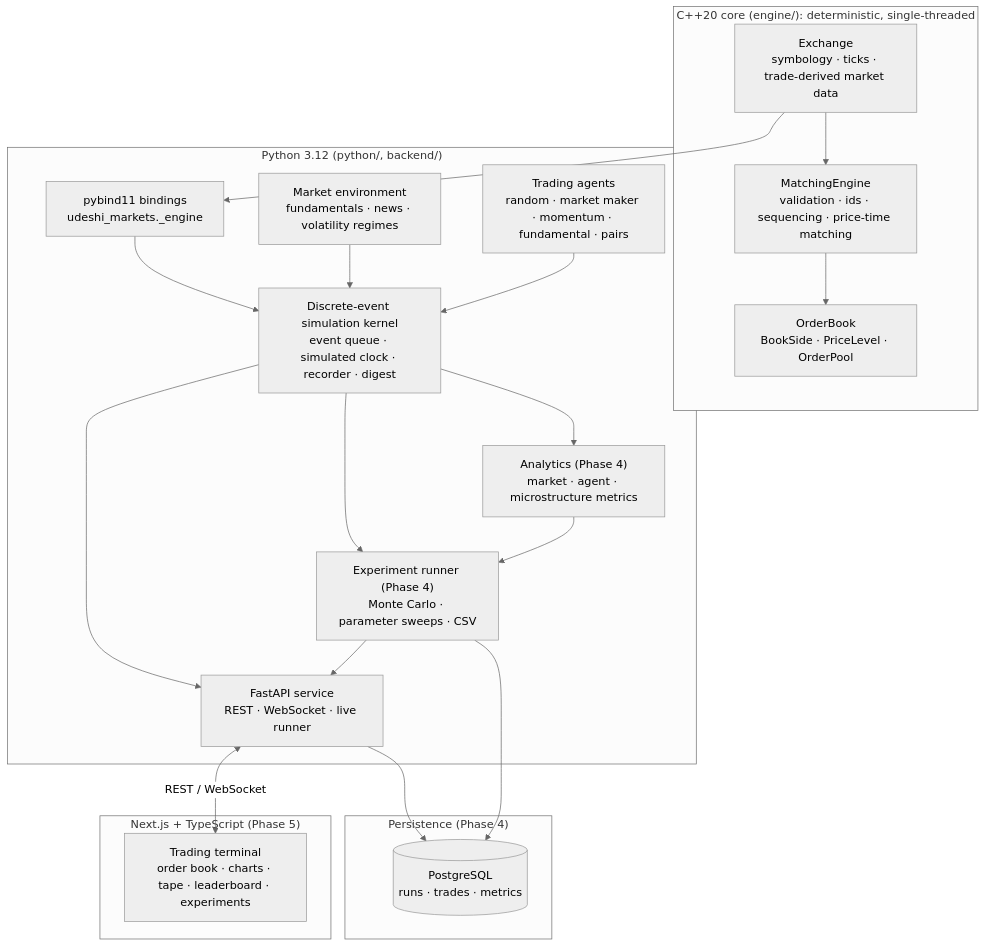
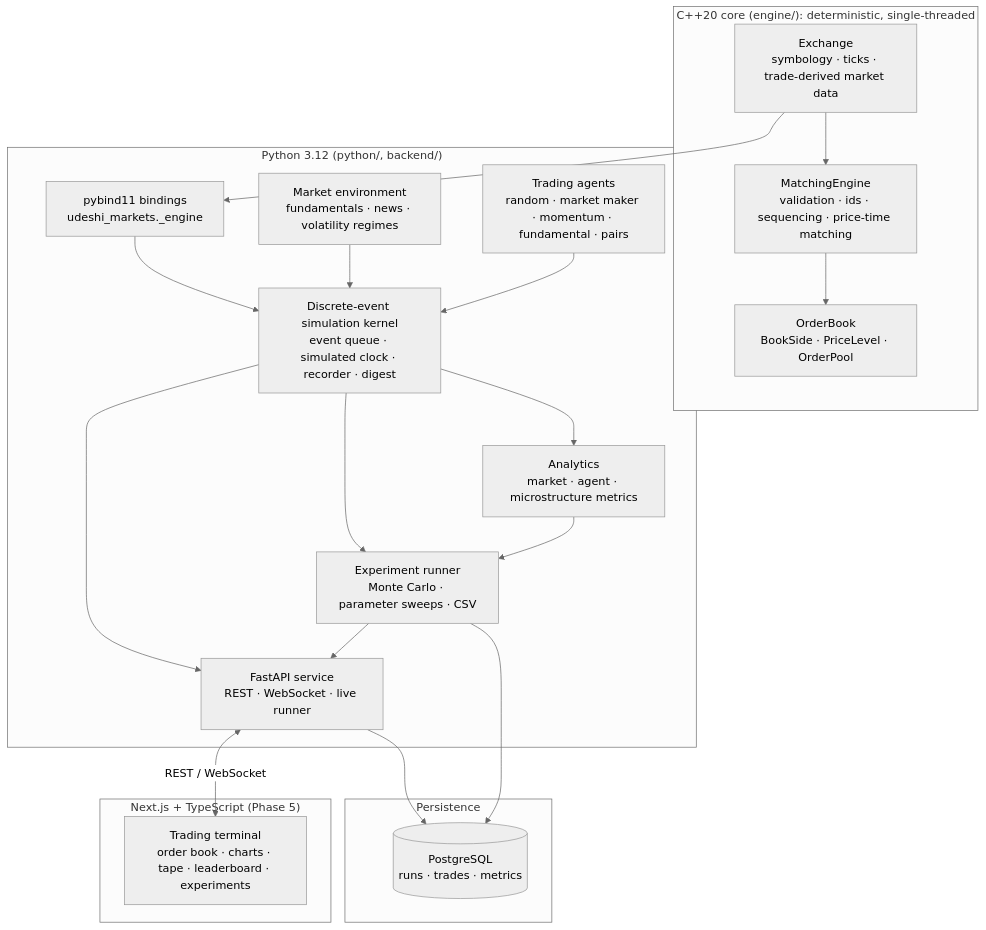
One commit to luvudeshi/udeshi-markets changed the first of 2 diagrams in docs/architecture.md. Above: the diagram before and after it, drawn with Mermaid (neutral theme). The commit also changed other lines of this file and 4 other files, not shown here.

First line of the commit message:
Docs: quantitative metrics and market microstructure; README experiment example

````diff
--- a/docs/architecture.md
+++ b/docs/architecture.md
@@ -6,41 +6,41 @@
 ```mermaid
 flowchart TB
     subgraph Core["C++20 core (engine/): deterministic, single-threaded"]
         OB["OrderBook<br/>BookSide · PriceLevel · OrderPool"]
         ME["MatchingEngine<br/>validation · ids · sequencing · price-time matching"]
         EX["Exchange<br/>symbology · ticks · trade-derived market data"]
         ME --> OB
         EX --> ME
     end
 
     subgraph Py["Python 3.12 (python/, backend/)"]
         BIND["pybind11 bindings<br/>udeshi_markets._engine"]
         SIM["Discrete-event simulation kernel<br/>event queue · simulated clock · recorder · digest"]
         ENV["Market environment<br/>fundamentals · news · volatility regimes"]
         AG["Trading agents<br/>random · market maker · momentum · fundamental · pairs"]
-        AN["Analytics (Phase 4)<br/>market · agent · microstructure metrics"]
-        XP["Experiment runner (Phase 4)<br/>Monte Carlo · parameter sweeps · CSV"]
+        AN["Analytics<br/>market · agent · microstructure metrics"]
+        XP["Experiment runner<br/>Monte Carlo · parameter sweeps · CSV"]
         API["FastAPI service<br/>REST · WebSocket · live runner"]
     end
 
-    subgraph Data["Persistence (Phase 4)"]
+    subgraph Data["Persistence"]
         PG[("PostgreSQL<br/>runs · trades · metrics")]
     end
 
     subgraph UI["Next.js + TypeScript (Phase 5)"]
         FE["Trading terminal<br/>order book · charts · tape · leaderboard · experiments"]
     end
 
     EX --> BIND
     BIND --> SIM
     ENV --> SIM
     AG --> SIM
     SIM --> AN
     SIM --> XP
     AN --> XP
     SIM --> API
     XP --> API
     API --> PG
     XP --> PG
     API <-->|REST / WebSocket| FE
 ```
````
